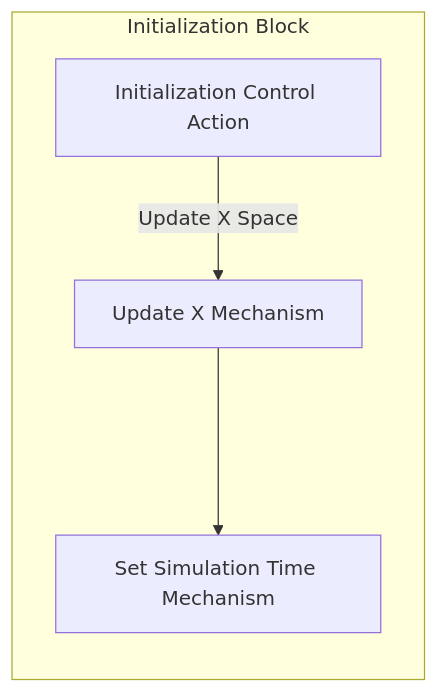
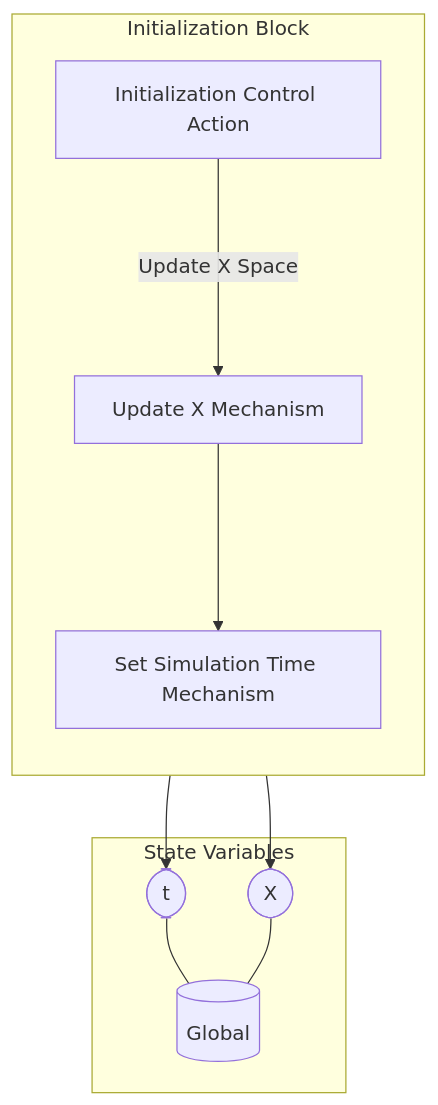
The diagram in MSML/reports/Markdown/Wiring/Initialization Block.md (SeanMcOwen/Root-Finding-Simulation), drawn with Mermaid before and after one commit. The commit also changed other lines of this file and 24 other files, not shown here.

````diff
--- a/MSML/reports/Markdown/Wiring/Initialization Block.md
+++ b/MSML/reports/Markdown/Wiring/Initialization Block.md
@@ -3,11 +3,22 @@
 ```mermaid
 graph TB
-subgraph X4[Initialization Block]
+
+subgraph SVS["State Variables"]
+EE0[("Global")]
+EES0(["t"])
+EES0 --- EE0
+EES1(["X"])
+EES1 --- EE0
+end
+
+subgraph X4["Initialization Block"]
 direction TB
-X1[Initialization Control Action]
-X2[Update X Mechanism]
-X3[Set Simulation Time Mechanism]
-X1--"Update X Space"-->X2
+X1["Initialization Control Action"]
+X2["Update X Mechanism"]
+X2 --> EES1
+X3["Set Simulation Time Mechanism"]
+X3 --> EES0
+X1--"Update X Space"--->X2
 X2--->X3
 end
 ```
````
